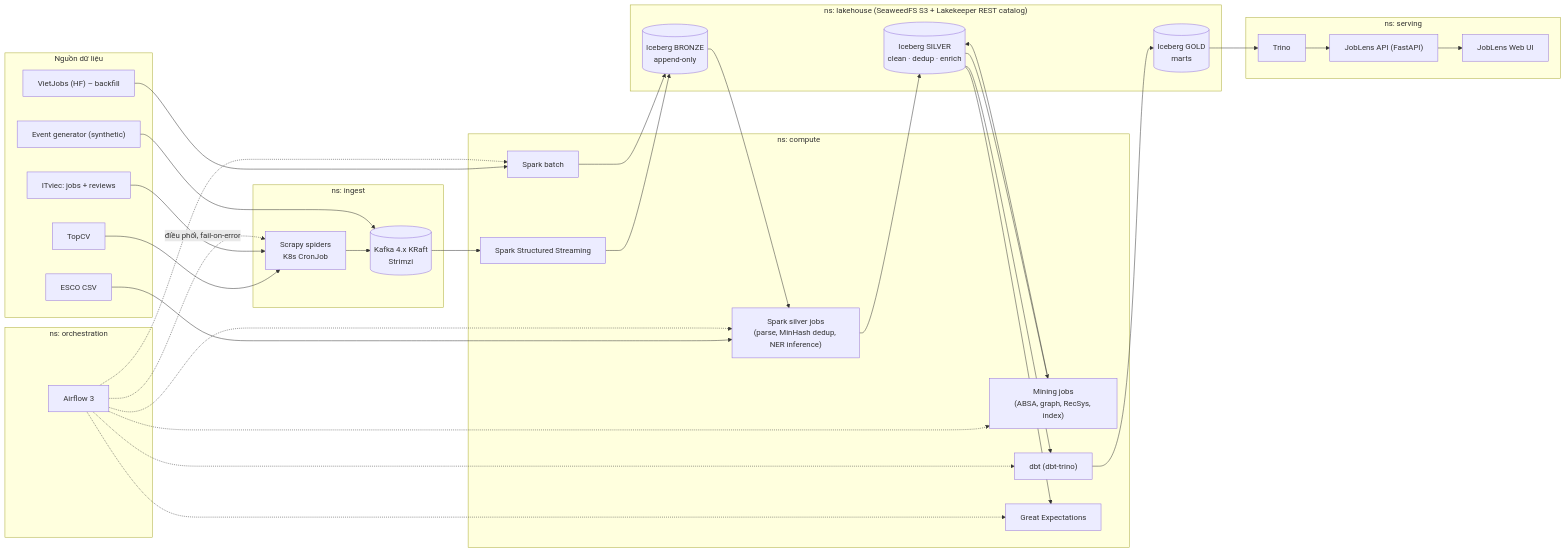
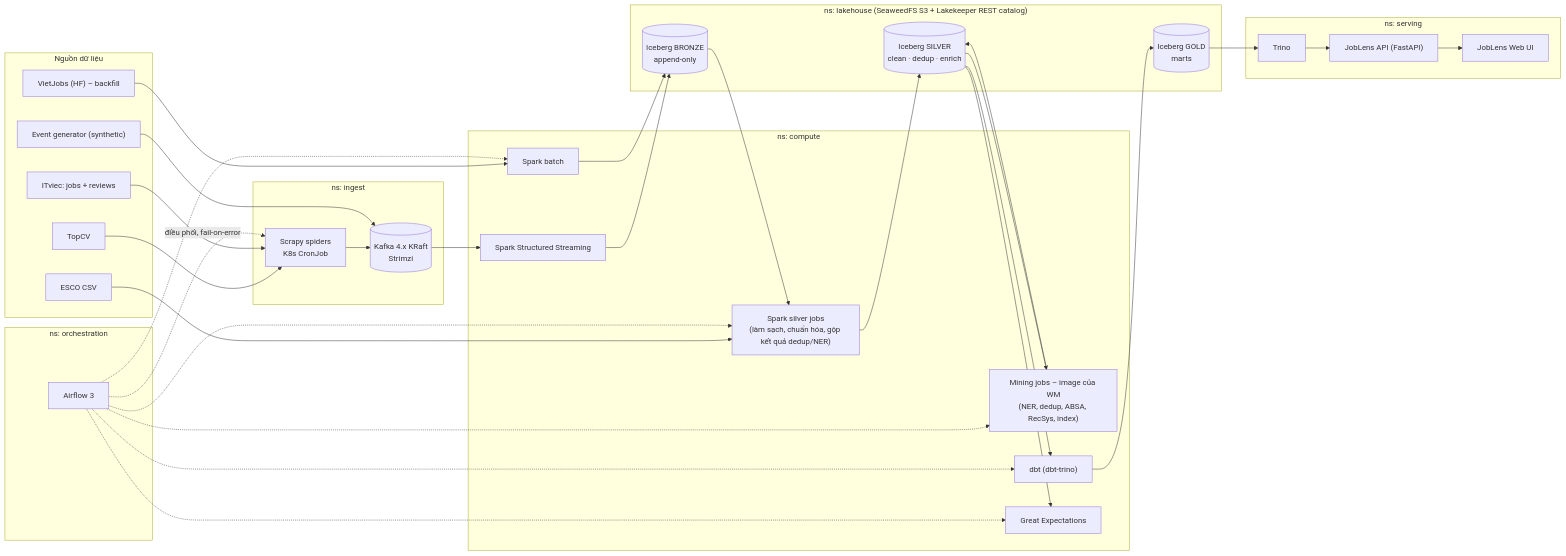
One commit to BD-WM-SA-D/joblens changed the diagram in docs/project-plan/03-nen-tang-big-data.md. Above: the diagram before and after it, drawn with Mermaid. The commit also changed other lines of this file and 65 other files, not shown here.

````diff
--- a/docs/project-plan/03-nen-tang-big-data.md
+++ b/docs/project-plan/03-nen-tang-big-data.md
@@ -7,59 +7,59 @@
 ```mermaid
 flowchart LR
   subgraph SRC["Nguồn dữ liệu"]
     T["TopCV"]
     I["ITviec: jobs + reviews"]
     V["VietJobs (HF) – backfill"]
     E["ESCO CSV"]
     G["Event generator (synthetic)"]
   end
 
   subgraph ING["ns: ingest"]
     SC["Scrapy spiders<br/>K8s CronJob"]
     K[("Kafka 4.x KRaft<br/>Strimzi")]
   end
 
   subgraph LAKE["ns: lakehouse (SeaweedFS S3 + Lakekeeper REST catalog)"]
     B[("Iceberg BRONZE<br/>append-only")]
     S[("Iceberg SILVER<br/>clean · dedup · enrich")]
     GD[("Iceberg GOLD<br/>marts")]
   end
 
   subgraph CMP["ns: compute"]
     SS["Spark Structured Streaming"]
     SB["Spark batch"]
-    SJ["Spark silver jobs<br/>(parse, MinHash dedup, NER inference)"]
-    MJ["Mining jobs<br/>(ABSA, graph, RecSys, index)"]
+    SJ["Spark silver jobs<br/>(làm sạch, chuẩn hóa, gộp kết quả dedup/NER)"]
+    MJ["Mining jobs – image của WM<br/>(NER, dedup, ABSA, RecSys, index)"]
     DBT["dbt (dbt-trino)"]
     GX["Great Expectations"]
   end
 
   subgraph ORC["ns: orchestration"]
     AF["Airflow 3"]
   end
 
   subgraph SRV["ns: serving"]
     TR["Trino"]
     API["JobLens API (FastAPI)"]
     UI["JobLens Web UI"]
   end
 
   T --> SC
   I --> SC
   SC --> K
   G --> K
   K --> SS --> B
   V --> SB --> B
   B --> SJ --> S
   E --> SJ
   S --> GX
   S --> MJ --> S
   S --> DBT --> GD
   GD --> TR --> API --> UI
   AF -. "điều phối, fail-on-error" .-> SC
   AF -.-> SB
   AF -.-> SJ
   AF -.-> GX
   AF -.-> DBT
   AF -.-> MJ
 ```
````
